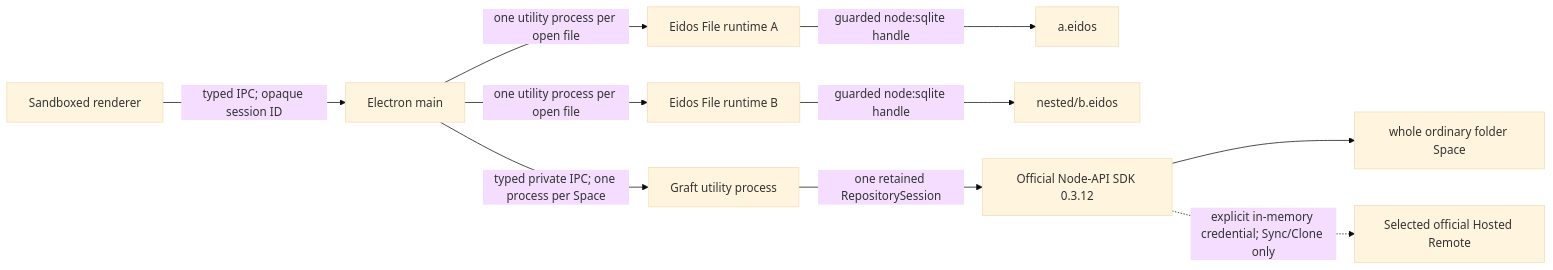
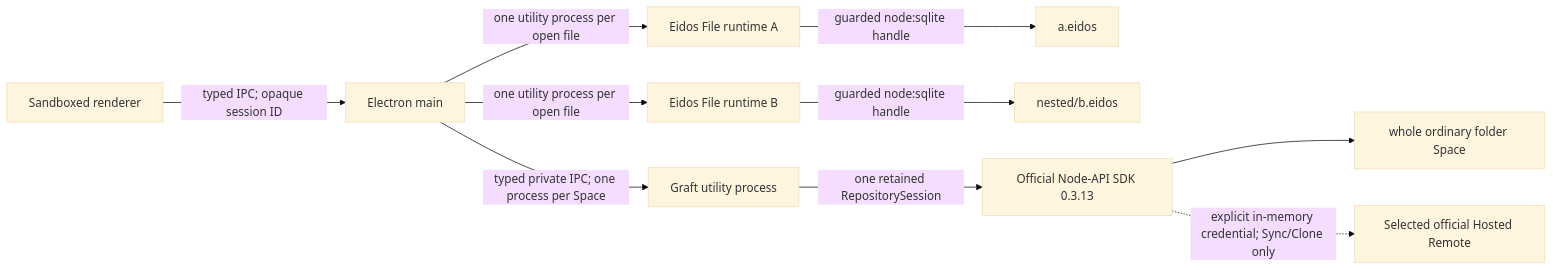
One commit to mayneyao/eidos changed the first of 3 diagrams in apps/eidos-lite-desktop/docs/ARCHITECTURE.md. Above: the diagram before and after it, drawn with Mermaid (base theme). The commit also changed other lines of this file and 11 other files, not shown here.

````diff
--- a/apps/eidos-lite-desktop/docs/ARCHITECTURE.md
+++ b/apps/eidos-lite-desktop/docs/ARCHITECTURE.md
@@ -58,12 +58,12 @@
 ```mermaid
 flowchart LR
   R["Sandboxed renderer"] -->|"typed IPC; opaque session ID"| M["Electron main"]
   M -->|"one utility process per open file"| F1["Eidos File runtime A"]
   M -->|"one utility process per open file"| F2["Eidos File runtime B"]
   F1 -->|"guarded node:sqlite handle"| E1["a.eidos"]
   F2 -->|"guarded node:sqlite handle"| E2["nested/b.eidos"]
   M -->|"typed private IPC; one process per Space"| G["Graft utility process"]
-  G -->|"one retained RepositorySession"| N["Official Node-API SDK 0.3.12"]
+  G -->|"one retained RepositorySession"| N["Official Node-API SDK 0.3.13"]
   N --> S["whole ordinary folder Space"]
   N -. "explicit in-memory credential; Sync/Clone only" .-> H["Selected official Hosted Remote"]
 ```
````
